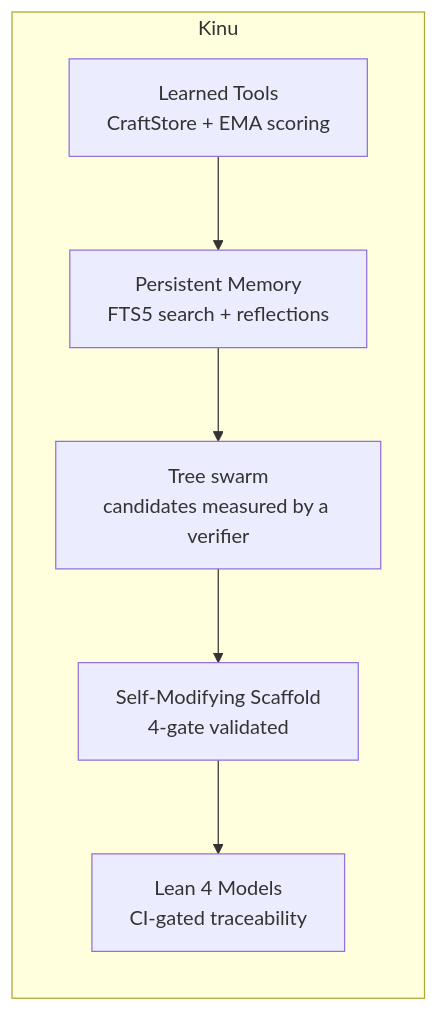
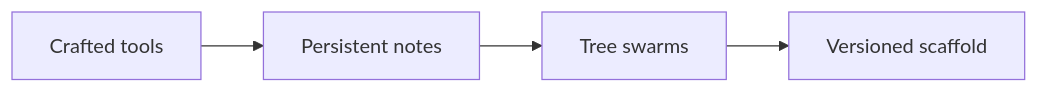
Before and after one commit to AshishKumar4/kinu: the first of 2 diagrams in docs/APPLICATIONS.md, drawn with Mermaid. The commit also changed other lines of this file and 11 other files, not shown here.

````diff
--- a/docs/APPLICATIONS.md
+++ b/docs/APPLICATIONS.md
@@ -13,10 +12,6 @@
 ```mermaid
 graph LR
-    subgraph "Kinu"
-        B1[Learned Tools<br/>CraftStore + EMA scoring] --> B2[Persistent Memory<br/>FTS5 search + reflections]
-        B2 --> B3[Tree swarm<br/>candidates measured by a verifier]
-        B3 --> B4[Self-Modifying Scaffold<br/>4-gate validated]
-        B4 --> B5[Lean 4 Models<br/>CI-gated traceability]
-    end
-
+    B1[Crafted tools] --> B2[Persistent notes]
+    B2 --> B3[Tree swarms]
+    B3 --> B4[Versioned scaffold]
 ```
````
